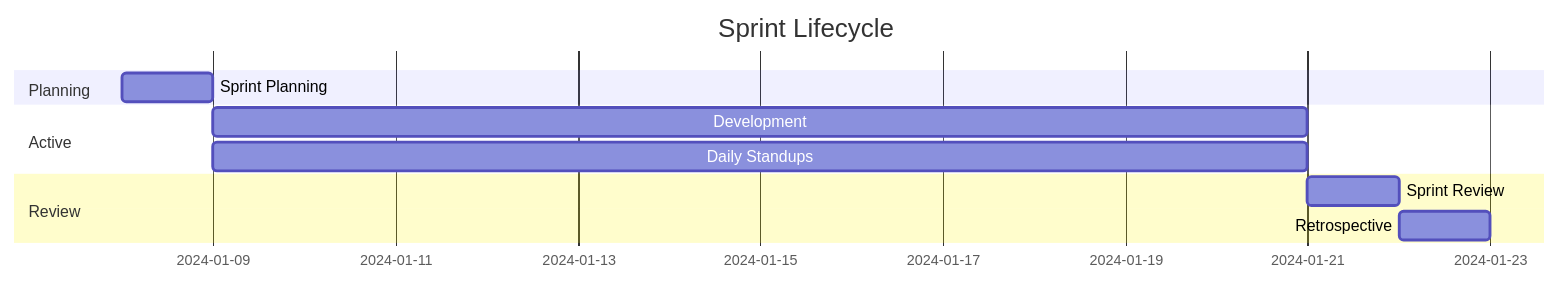
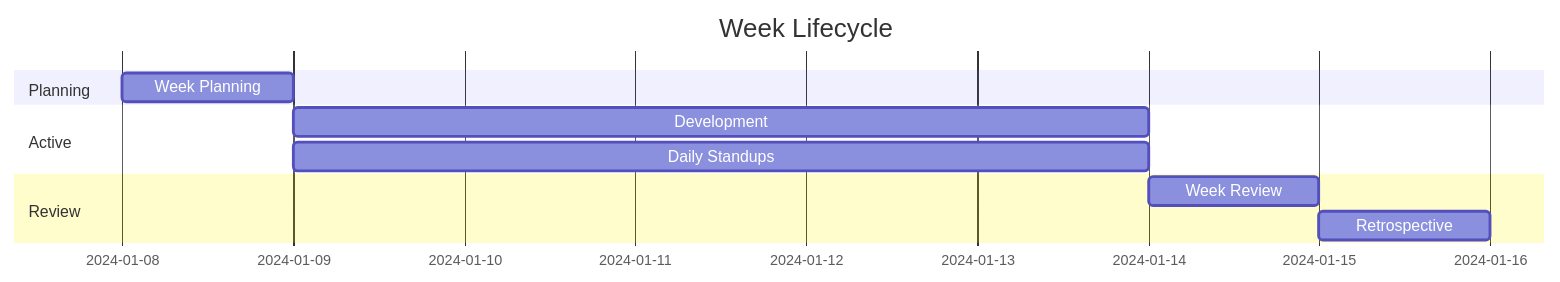
One commit to US-Department-of-the-Treasury/ship changed the tenth of 12 diagrams in docs/claude-reference/diagrams.md. Above: the diagram before and after it, drawn with Mermaid. The commit also changed other lines of this file and 125 other files, not shown here.

````diff
--- a/docs/claude-reference/diagrams.md
+++ b/docs/claude-reference/diagrams.md
@@ -265,13 +265,13 @@
 ```mermaid
 gantt
-    title Sprint Lifecycle
+    title Week Lifecycle
     dateFormat  YYYY-MM-DD
     section Planning
-    Sprint Planning    :a1, 2024-01-08, 1d
+    Week Planning      :a1, 2024-01-08, 1d
     section Active
-    Development        :a2, after a1, 12d
-    Daily Standups     :a3, after a1, 12d
+    Development        :a2, after a1, 5d
+    Daily Standups     :a3, after a1, 5d
     section Review
-    Sprint Review      :a4, after a2, 1d
+    Week Review        :a4, after a2, 1d
     Retrospective      :a5, after a4, 1d
 ```
````
